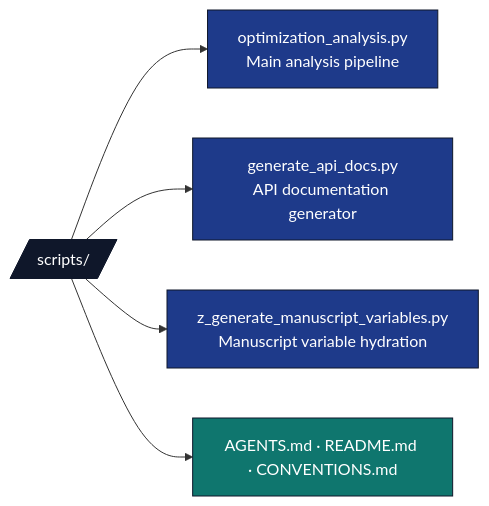
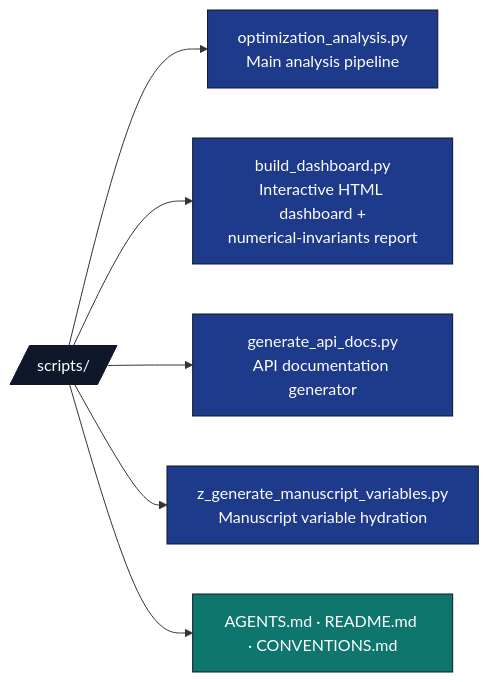
One commit to docxology/template changed the diagram in projects/template_code_project/scripts/AGENTS.md. Above: the diagram before and after it, drawn with Mermaid. The commit also changed 164 other files, not shown here.

````diff
--- a/projects/template_code_project/scripts/AGENTS.md
+++ b/projects/template_code_project/scripts/AGENTS.md
@@ -16,15 +16,16 @@
 ```mermaid
 flowchart LR
     SC[/scripts//]
     SC --> OA[optimization_analysis.py<br/>Main analysis pipeline]
+    SC --> BD[build_dashboard.py<br/>Interactive HTML dashboard +<br/>numerical-invariants report]
     SC --> GD[generate_api_docs.py<br/>API documentation generator]
     SC --> ZGEN[z_generate_manuscript_variables.py<br/>Manuscript variable hydration]
     SC --> DOCS[AGENTS.md · README.md · CONVENTIONS.md]
 
     classDef d fill:#0f172a,stroke:#0f172a,color:#fff
     classDef code fill:#1e3a8a,stroke:#0f172a,color:#fff
     classDef doc fill:#0f766e,stroke:#0f172a,color:#fff
     class SC d
-    class OA,GD,ZGEN code
+    class OA,BD,GD,ZGEN code
     class DOCS doc
 ```
````
